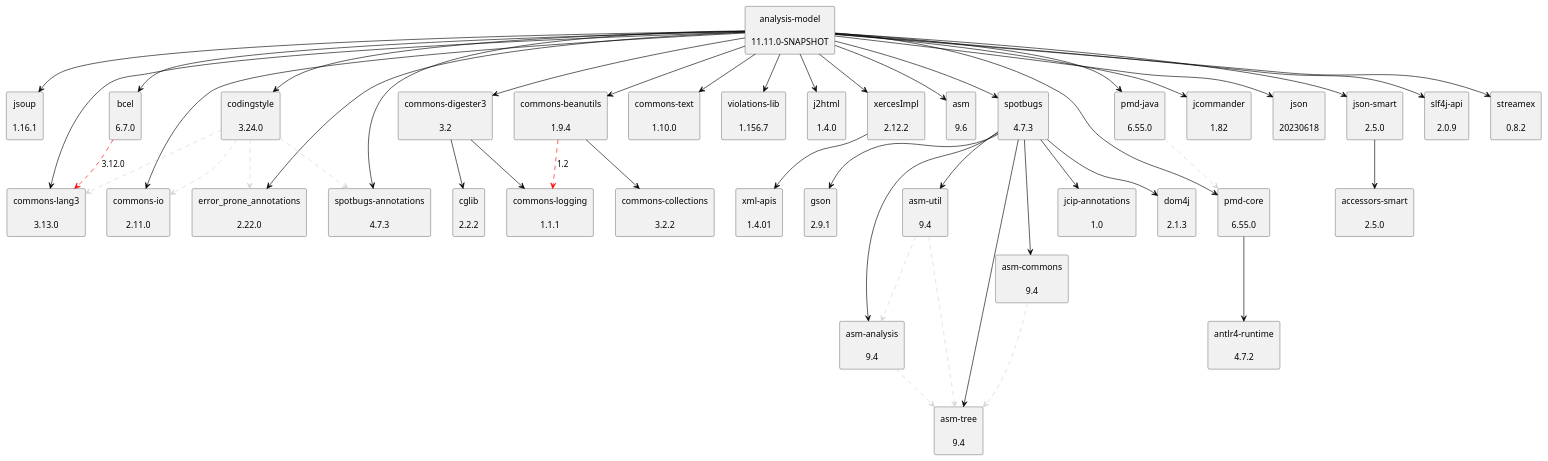
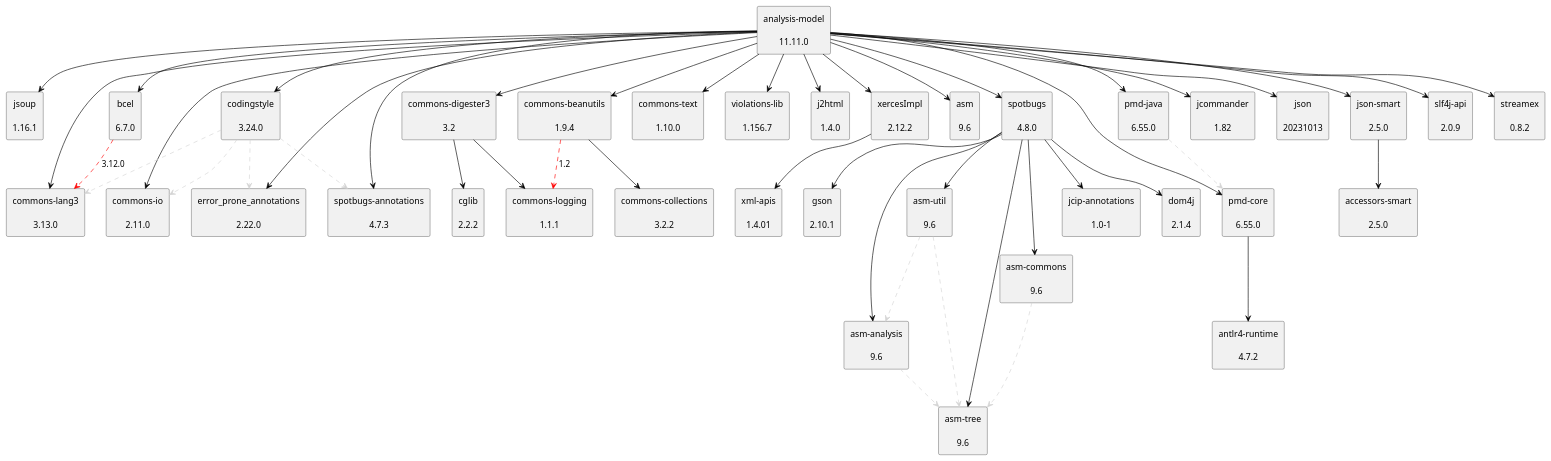
One commit to jenkinsci/analysis-model changed the diagram in doc/dependency-graph.puml. Above: the diagram before and after it, drawn with PlantUML. The commit also changed 2 other files, not shown here.

Commit message:
Do not update `net.javacrumbs.json-unit:json-unit-assertj` (Java 17).

```diff
--- a/doc/dependency-graph.puml
+++ b/doc/dependency-graph.puml
@@ -1,91 +1,91 @@
 @startuml
 skinparam defaultTextAlignment center
 skinparam rectangle {
   BackgroundColor<<optional>> beige
   BackgroundColor<<test>> lightGreen
   BackgroundColor<<runtime>> lightBlue
   BackgroundColor<<provided>> lightGray
 }
-rectangle "analysis-model\n\n11.11.0-SNAPSHOT" as edu_hm_hafner_analysis_model_jar
+rectangle "analysis-model\n\n11.11.0" as edu_hm_hafner_analysis_model_jar
 rectangle "jsoup\n\n1.16.1" as org_jsoup_jsoup_jar
 rectangle "commons-io\n\n2.11.0" as commons_io_commons_io_jar
 rectangle "commons-digester3\n\n3.2" as org_apache_commons_commons_digester3_jar
 rectangle "cglib\n\n2.2.2" as cglib_cglib_jar
 rectangle "commons-logging\n\n1.1.1" as commons_logging_commons_logging_jar
 rectangle "commons-beanutils\n\n1.9.4" as commons_beanutils_commons_beanutils_jar
 rectangle "commons-collections\n\n3.2.2" as commons_collections_commons_collections_jar
 rectangle "commons-text\n\n1.10.0" as org_apache_commons_commons_text_jar
 rectangle "violations-lib\n\n1.156.7" as se_bjurr_violations_violations_lib_jar
 rectangle "j2html\n\n1.4.0" as com_j2html_j2html_jar
 rectangle "xercesImpl\n\n2.12.2" as xerces_xercesImpl_jar
 rectangle "xml-apis\n\n1.4.01" as xml_apis_xml_apis_jar
 rectangle "asm\n\n9.6" as org_ow2_asm_asm_jar
-rectangle "asm-analysis\n\n9.4" as org_ow2_asm_asm_analysis_jar
-rectangle "asm-tree\n\n9.4" as org_ow2_asm_asm_tree_jar
-rectangle "spotbugs\n\n4.7.3" as com_github_spotbugs_spotbugs_jar
-rectangle "asm-commons\n\n9.4" as org_ow2_asm_asm_commons_jar
-rectangle "asm-util\n\n9.4" as org_ow2_asm_asm_util_jar
-rectangle "jcip-annotations\n\n1.0" as net_jcip_jcip_annotations_jar
-rectangle "dom4j\n\n2.1.3" as org_dom4j_dom4j_jar
-rectangle "gson\n\n2.9.1" as com_google_code_gson_gson_jar
+rectangle "asm-analysis\n\n9.6" as org_ow2_asm_asm_analysis_jar
+rectangle "asm-tree\n\n9.6" as org_ow2_asm_asm_tree_jar
+rectangle "spotbugs\n\n4.8.0" as com_github_spotbugs_spotbugs_jar
+rectangle "asm-commons\n\n9.6" as org_ow2_asm_asm_commons_jar
+rectangle "asm-util\n\n9.6" as org_ow2_asm_asm_util_jar
+rectangle "jcip-annotations\n\n1.0-1" as com_github_stephenc_jcip_jcip_annotations_jar
+rectangle "dom4j\n\n2.1.4" as org_dom4j_dom4j_jar
+rectangle "gson\n\n2.10.1" as com_google_code_gson_gson_jar
 rectangle "bcel\n\n6.7.0" as org_apache_bcel_bcel_jar
 rectangle "commons-lang3\n\n3.13.0" as org_apache_commons_commons_lang3_jar
 rectangle "pmd-core\n\n6.55.0" as net_sourceforge_pmd_pmd_core_jar
 rectangle "antlr4-runtime\n\n4.7.2" as org_antlr_antlr4_runtime_jar
 rectangle "jcommander\n\n1.82" as com_beust_jcommander_jar
 rectangle "pmd-java\n\n6.55.0" as net_sourceforge_pmd_pmd_java_jar
-rectangle "json\n\n20230618" as org_json_json_jar
+rectangle "json\n\n20231013" as org_json_json_jar
 rectangle "json-smart\n\n2.5.0" as net_minidev_json_smart_jar
 rectangle "accessors-smart\n\n2.5.0" as net_minidev_accessors_smart_jar
 rectangle "slf4j-api\n\n2.0.9" as org_slf4j_slf4j_api_jar
 rectangle "spotbugs-annotations\n\n4.7.3" as com_github_spotbugs_spotbugs_annotations_jar
 rectangle "error_prone_annotations\n\n2.22.0" as com_google_errorprone_error_prone_annotations_jar
 rectangle "streamex\n\n0.8.2" as one_util_streamex_jar
 rectangle "codingstyle\n\n3.24.0" as edu_hm_hafner_codingstyle_jar
 edu_hm_hafner_analysis_model_jar -[#000000]-> org_jsoup_jsoup_jar
 edu_hm_hafner_analysis_model_jar -[#000000]-> commons_io_commons_io_jar
 org_apache_commons_commons_digester3_jar -[#000000]-> cglib_cglib_jar
 org_apache_commons_commons_digester3_jar -[#000000]-> commons_logging_commons_logging_jar
 edu_hm_hafner_analysis_model_jar -[#000000]-> org_apache_commons_commons_digester3_jar
 commons_beanutils_commons_beanutils_jar .[#FF0000].> commons_logging_commons_logging_jar: 1.2
 commons_beanutils_commons_beanutils_jar -[#000000]-> commons_collections_commons_collections_jar
 edu_hm_hafner_analysis_model_jar -[#000000]-> commons_beanutils_commons_beanutils_jar
 edu_hm_hafner_analysis_model_jar -[#000000]-> org_apache_commons_commons_text_jar
 edu_hm_hafner_analysis_model_jar -[#000000]-> se_bjurr_violations_violations_lib_jar
 edu_hm_hafner_analysis_model_jar -[#000000]-> com_j2html_j2html_jar
 xerces_xercesImpl_jar -[#000000]-> xml_apis_xml_apis_jar
 edu_hm_hafner_analysis_model_jar -[#000000]-> xerces_xercesImpl_jar
 edu_hm_hafner_analysis_model_jar -[#000000]-> org_ow2_asm_asm_jar
 org_ow2_asm_asm_analysis_jar .[#D3D3D3].> org_ow2_asm_asm_tree_jar
 com_github_spotbugs_spotbugs_jar -[#000000]-> org_ow2_asm_asm_analysis_jar
 org_ow2_asm_asm_commons_jar .[#D3D3D3].> org_ow2_asm_asm_tree_jar
 com_github_spotbugs_spotbugs_jar -[#000000]-> org_ow2_asm_asm_commons_jar
 com_github_spotbugs_spotbugs_jar -[#000000]-> org_ow2_asm_asm_tree_jar
 org_ow2_asm_asm_util_jar .[#D3D3D3].> org_ow2_asm_asm_tree_jar
 org_ow2_asm_asm_util_jar .[#D3D3D3].> org_ow2_asm_asm_analysis_jar
 com_github_spotbugs_spotbugs_jar -[#000000]-> org_ow2_asm_asm_util_jar
-com_github_spotbugs_spotbugs_jar -[#000000]-> net_jcip_jcip_annotations_jar
+com_github_spotbugs_spotbugs_jar -[#000000]-> com_github_stephenc_jcip_jcip_annotations_jar
 com_github_spotbugs_spotbugs_jar -[#000000]-> org_dom4j_dom4j_jar
 com_github_spotbugs_spotbugs_jar -[#000000]-> com_google_code_gson_gson_jar
 edu_hm_hafner_analysis_model_jar -[#000000]-> com_github_spotbugs_spotbugs_jar
 org_apache_bcel_bcel_jar .[#FF0000].> org_apache_commons_commons_lang3_jar: 3.12.0
 edu_hm_hafner_analysis_model_jar -[#000000]-> org_apache_bcel_bcel_jar
 net_sourceforge_pmd_pmd_core_jar -[#000000]-> org_antlr_antlr4_runtime_jar
 edu_hm_hafner_analysis_model_jar -[#000000]-> net_sourceforge_pmd_pmd_core_jar
 edu_hm_hafner_analysis_model_jar -[#000000]-> com_beust_jcommander_jar
 net_sourceforge_pmd_pmd_java_jar .[#D3D3D3].> net_sourceforge_pmd_pmd_core_jar
 edu_hm_hafner_analysis_model_jar -[#000000]-> net_sourceforge_pmd_pmd_java_jar
 edu_hm_hafner_analysis_model_jar -[#000000]-> org_json_json_jar
 net_minidev_json_smart_jar -[#000000]-> net_minidev_accessors_smart_jar
 edu_hm_hafner_analysis_model_jar -[#000000]-> net_minidev_json_smart_jar
 edu_hm_hafner_analysis_model_jar -[#000000]-> org_slf4j_slf4j_api_jar
 edu_hm_hafner_analysis_model_jar -[#000000]-> com_github_spotbugs_spotbugs_annotations_jar
 edu_hm_hafner_analysis_model_jar -[#000000]-> com_google_errorprone_error_prone_annotations_jar
 edu_hm_hafner_analysis_model_jar -[#000000]-> one_util_streamex_jar
 edu_hm_hafner_codingstyle_jar .[#D3D3D3].> com_github_spotbugs_spotbugs_annotations_jar
 edu_hm_hafner_codingstyle_jar .[#D3D3D3].> com_google_errorprone_error_prone_annotations_jar
 edu_hm_hafner_codingstyle_jar .[#D3D3D3].> org_apache_commons_commons_lang3_jar
 edu_hm_hafner_codingstyle_jar .[#D3D3D3].> commons_io_commons_io_jar
 edu_hm_hafner_analysis_model_jar -[#000000]-> edu_hm_hafner_codingstyle_jar
 edu_hm_hafner_analysis_model_jar -[#000000]-> org_apache_commons_commons_lang3_jar
 @enduml
```
